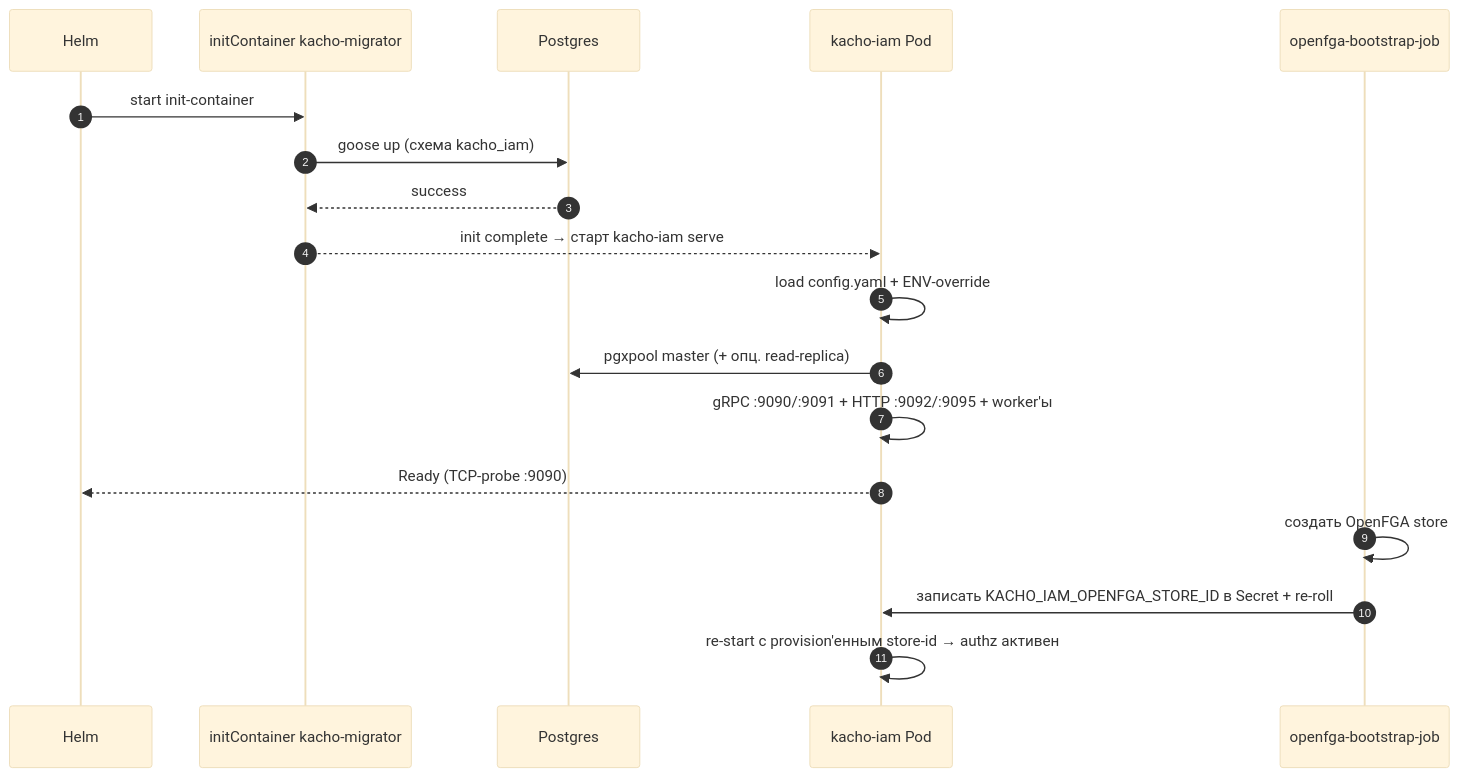
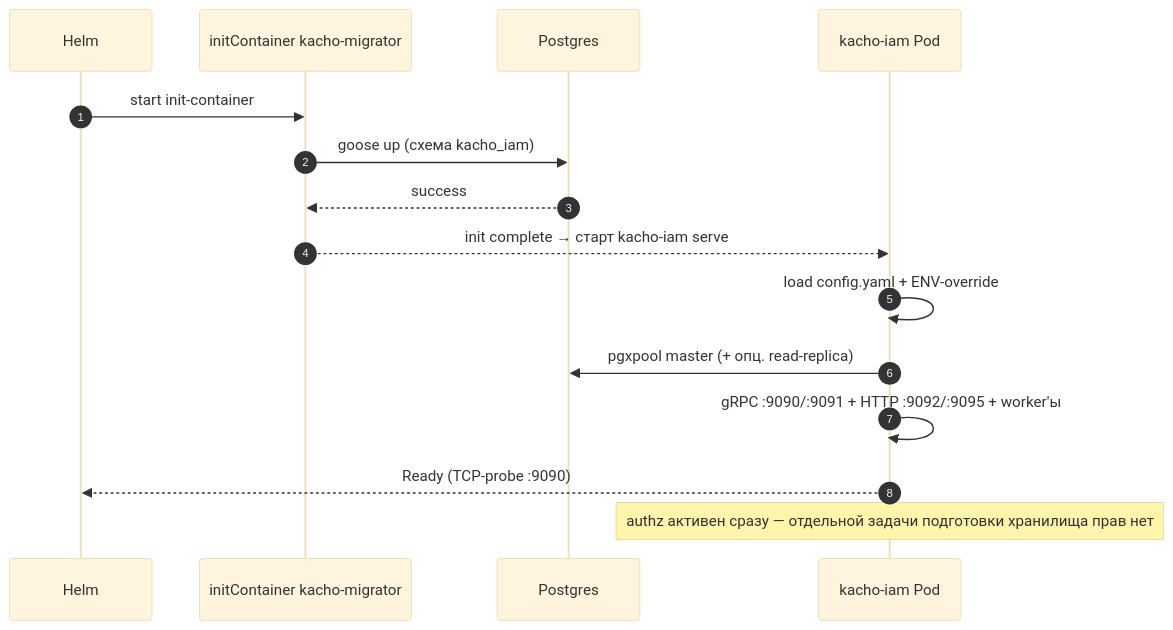
Before and after one commit to PRO-Robotech/kacho: the second of 2 diagrams in services/iam/docs/engineering/components/31-deployment.md, drawn with Mermaid (base theme). The commit also changed other lines of this file and 589 other files, not shown here.

````diff
--- a/services/iam/docs/engineering/components/31-deployment.md
+++ b/services/iam/docs/engineering/components/31-deployment.md
@@ -297,21 +293,18 @@
 ```mermaid
 sequenceDiagram
     autonumber
     participant Helm
     participant Init as initContainer kacho-migrator
     participant PG as Postgres
     participant Pod as kacho-iam Pod
-    participant Boot as openfga-bootstrap-job
 
     Helm->>Init: start init-container
     Init->>PG: goose up (схема kacho_iam)
     PG-->>Init: success
     Init-->>Pod: init complete → старт kacho-iam serve
     Pod->>Pod: load config.yaml + ENV-override
     Pod->>PG: pgxpool master (+ опц. read-replica)
     Pod->>Pod: gRPC :9090/:9091 + HTTP :9092/:9095 + worker'ы
     Pod-->>Helm: Ready (TCP-probe :9090)
-    Boot->>Boot: создать OpenFGA store
-    Boot->>Pod: записать KACHO_IAM_OPENFGA_STORE_ID в Secret + re-roll
-    Pod->>Pod: re-start с provision'енным store-id → authz активен
+    Note over Pod: authz активен сразу — отдельной задачи подготовки хранилища прав нет
 ```
````
